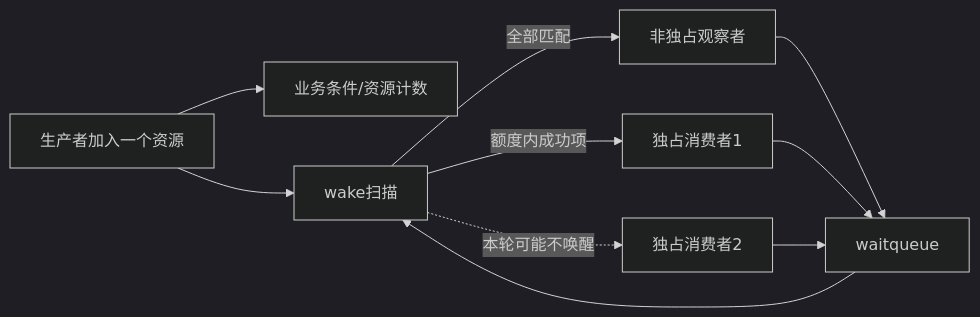
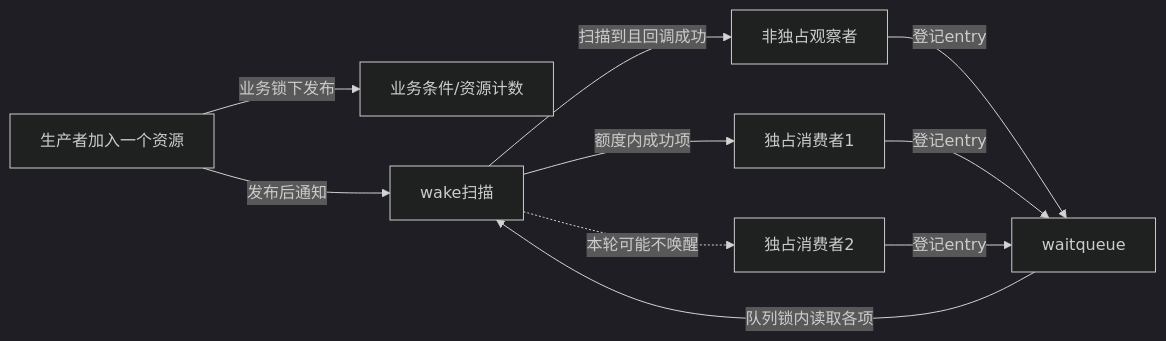
Before and after one commit to FormingSystem/linux_note: the first of 3 diagrams in knowledge/linux/synchronization_and_asynchrony/synchronization/waiting_notification/P05_独占等待批量唤醒与公平性.md, drawn with Mermaid (dark theme). The commit also changed other lines of this file and 8 other files, not shown here.

````diff
--- a/knowledge/linux/synchronization_and_asynchrony/synchronization/waiting_notification/P05_独占等待批量唤醒与公平性.md
+++ b/knowledge/linux/synchronization_and_asynchrony/synchronization/waiting_notification/P05_独占等待批量唤醒与公平性.md
@@ -27,12 +33,12 @@
 ```mermaid
 flowchart LR
-    P["生产者加入一个资源"] --> C["业务条件/资源计数"]
-    P --> W["wake扫描"]
-    N["非独占观察者"] --> Q["waitqueue"]
-    E1["独占消费者1"] --> Q
-    E2["独占消费者2"] --> Q
-    Q --> W
-    W -->|"全部匹配"| N
+    P["生产者加入一个资源"] -->|业务锁下发布| C["业务条件/资源计数"]
+    P -->|发布后通知| W["wake扫描"]
+    N["非独占观察者"] -->|登记entry| Q["waitqueue"]
+    E1["独占消费者1"] -->|登记entry| Q
+    E2["独占消费者2"] -->|登记entry| Q
+    Q -->|队列锁内读取各项| W
+    W -->|"扫描到且回调成功"| N
     W -->|"额度内成功项"| E1
     W -.->|"本轮可能不唤醒"| E2
 ```
````
